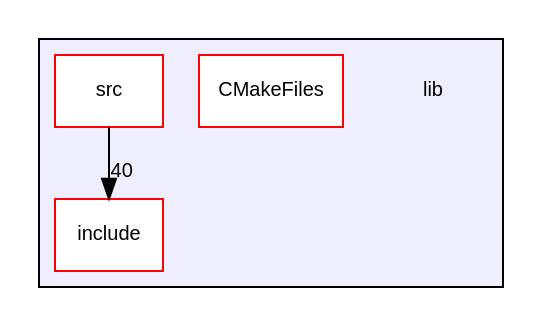
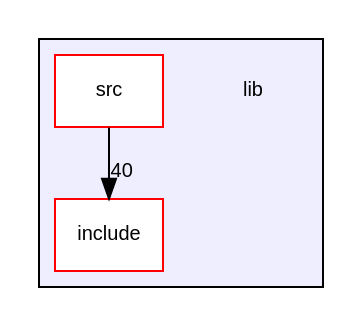
Before and after one commit to edgjj/cpp_vk_lib: the diagram in docs/dir_97aefd0d527b934f1d99a682da8fe6a9_dep.dot, drawn with Graphviz. The commit also changed 233 other files, not shown here.

```diff
--- a/docs/dir_97aefd0d527b934f1d99a682da8fe6a9_dep.dot
+++ b/docs/dir_97aefd0d527b934f1d99a682da8fe6a9_dep.dot
@@ -1,13 +1,12 @@
 digraph "lib" {
   compound=true
   node [ fontsize="10", fontname="Helvetica"];
   edge [ labelfontsize="10", labelfontname="Helvetica"];
   subgraph clusterdir_97aefd0d527b934f1d99a682da8fe6a9 {
     graph [ bgcolor="#eeeeff", pencolor="black", label="" URL="dir_97aefd0d527b934f1d99a682da8fe6a9.html"];
     dir_97aefd0d527b934f1d99a682da8fe6a9 [shape=plaintext label="lib"];
-  dir_1da3cc153b48f0052fd45c817aad8f56 [shape=box label="CMakeFiles" fillcolor="white" style="filled" color="red" URL="dir_1da3cc153b48f0052fd45c817aad8f56.html"];
   dir_5a30104352ef4255dc24354b02eb2d20 [shape=box label="include" fillcolor="white" style="filled" color="red" URL="dir_5a30104352ef4255dc24354b02eb2d20.html"];
   dir_a065c5f60305fee3569f887679366939 [shape=box label="src" fillcolor="white" style="filled" color="red" URL="dir_a065c5f60305fee3569f887679366939.html"];
   }
-  dir_a065c5f60305fee3569f887679366939->dir_5a30104352ef4255dc24354b02eb2d20 [headlabel="40", labeldistance=1.5 headhref="dir_000001_000007.html"];
+  dir_a065c5f60305fee3569f887679366939->dir_5a30104352ef4255dc24354b02eb2d20 [headlabel="40", labeldistance=1.5 headhref="dir_000001_000003.html"];
 }
```
